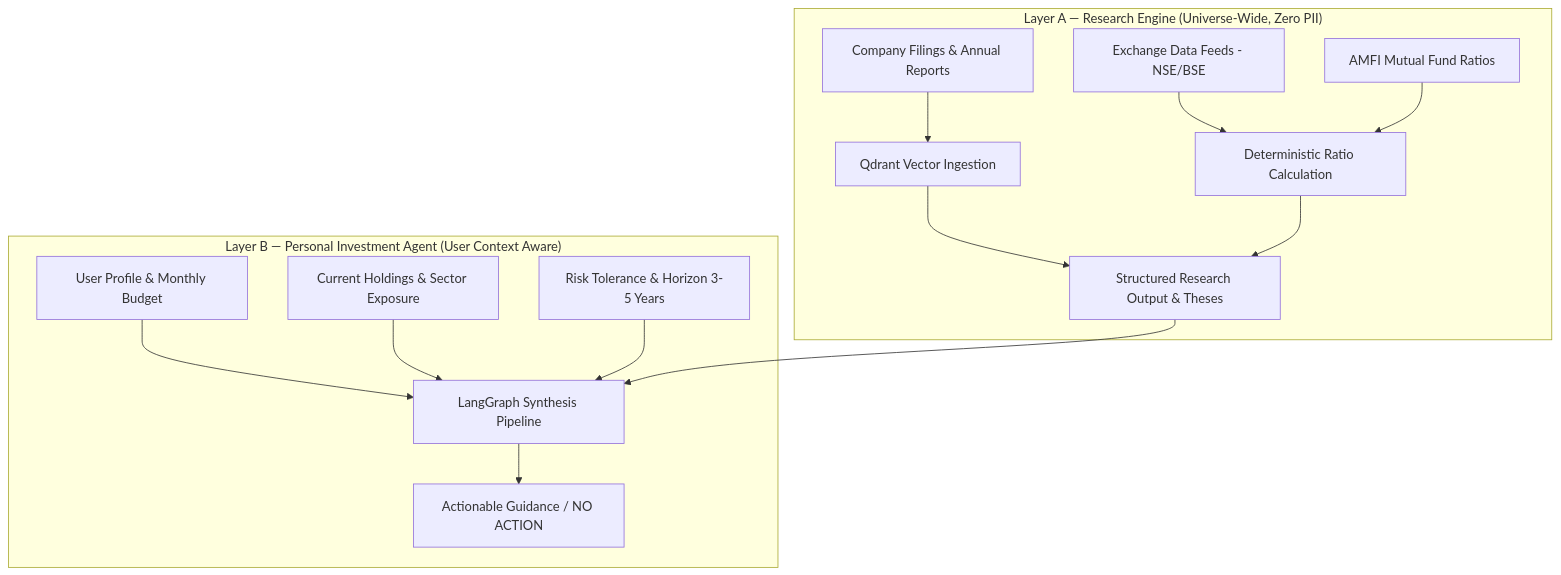
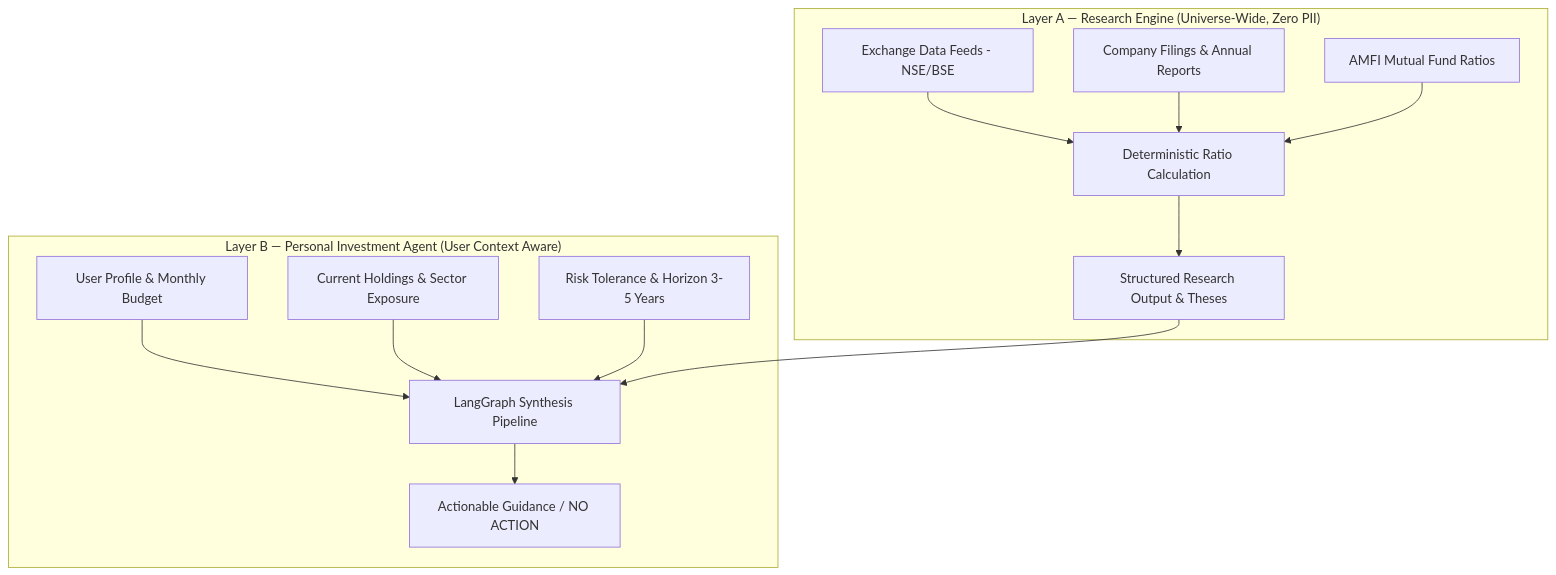
Before and after one commit to GamerQuanTuM/Investment-Agent: the diagram in docs/architecture.md, drawn with Mermaid. The commit also changed other lines of this file and 7 other files, not shown here.

````diff
--- a/docs/architecture.md
+++ b/docs/architecture.md
@@ -7,29 +7,27 @@
 ```mermaid
 graph TD
     subgraph LayerA["Layer A — Research Engine (Universe-Wide, Zero PII)"]
         A1[Exchange Data Feeds - NSE/BSE]
         A2[Company Filings & Annual Reports]
         A3[AMFI Mutual Fund Ratios]
-        A4[Qdrant Vector Ingestion]
         A5[Deterministic Ratio Calculation]
         A6[Structured Research Output & Theses]
         A1 --> A5
-        A2 --> A4
+        A2 --> A5
         A3 --> A5
-        A4 --> A6
         A5 --> A6
     end
 
     subgraph LayerB["Layer B — Personal Investment Agent (User Context Aware)"]
         B1[User Profile & Monthly Budget]
         B2[Current Holdings & Sector Exposure]
         B3[Risk Tolerance & Horizon 3-5 Years]
         B4[LangGraph Synthesis Pipeline]
         B5[Actionable Guidance / NO ACTION]
         B1 --> B4
         B2 --> B4
         B3 --> B4
         A6 --> B4
         B4 --> B5
     end
 ```
````
